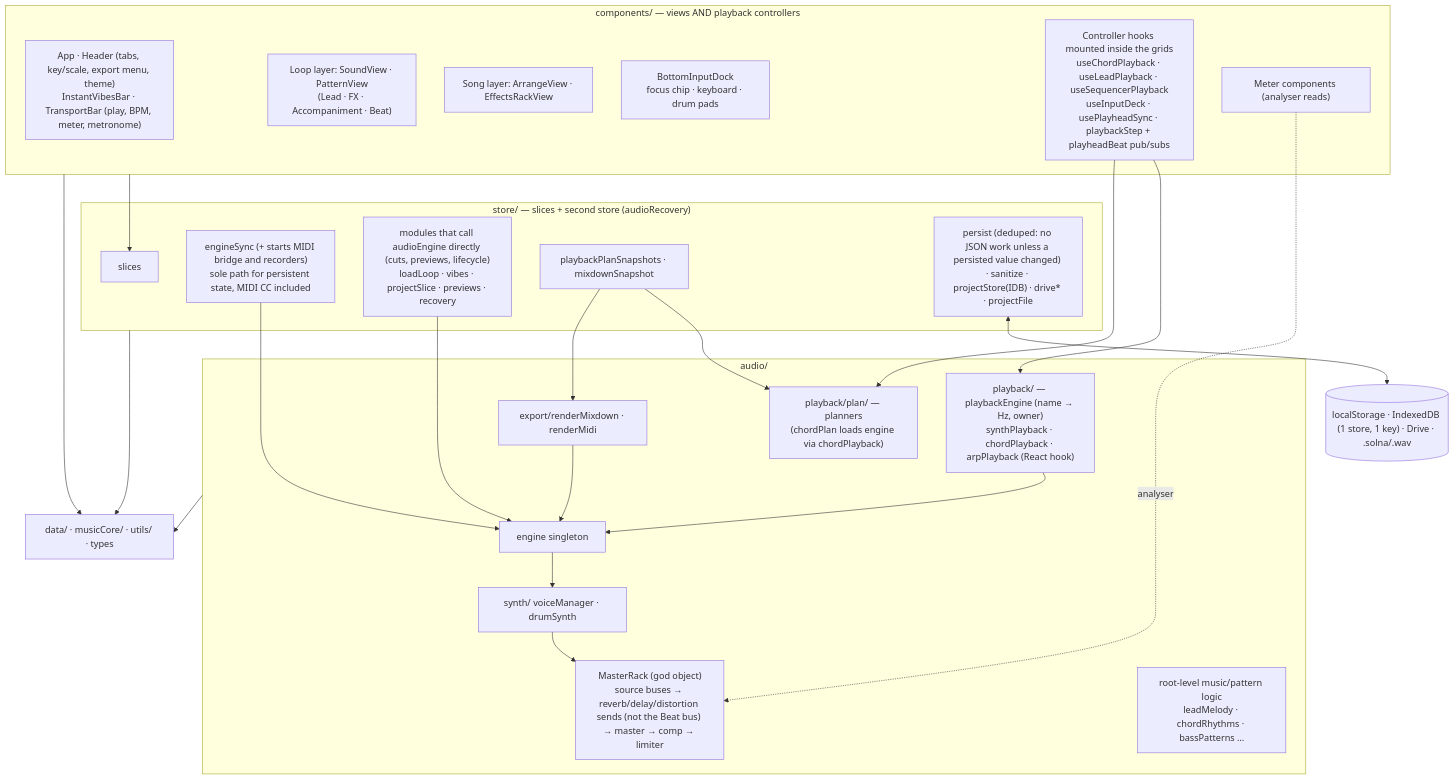
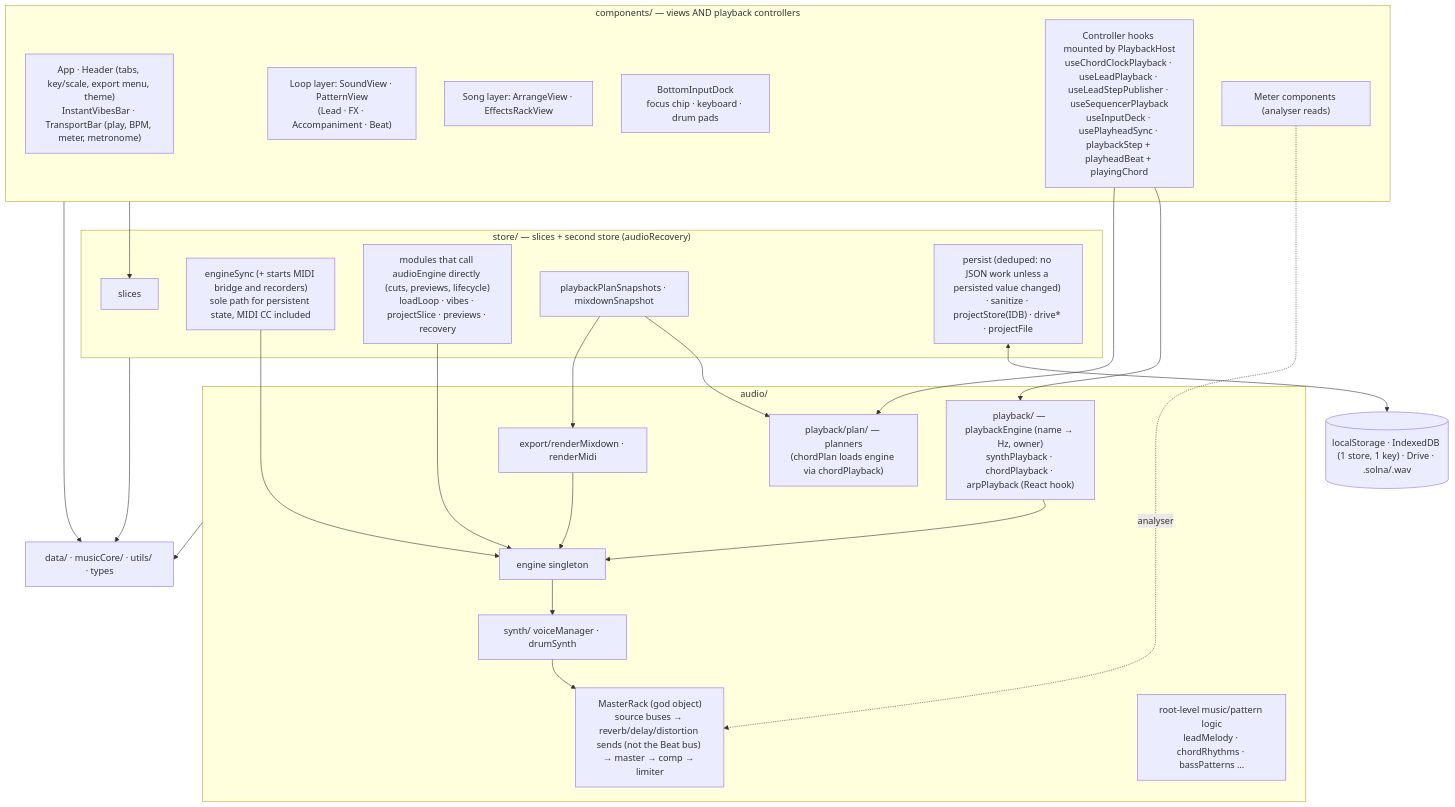
The diagram in docs/architecture/structure/README.md (themiddnight/solna), drawn with Mermaid before and after one commit. The commit also changed other lines of this file and 14 other files, not shown here.

Commit message:
docs: ADR-0039 PlaybackHost, rules R312-R314 (DEV-422)

````diff
--- a/docs/architecture/structure/README.md
+++ b/docs/architecture/structure/README.md
@@ -30,46 +30,46 @@
 ```mermaid
 flowchart TB
   subgraph Views["components/ — views AND playback controllers"]
     Shell["App · Header (tabs, key/scale, export menu, theme)<br/>InstantVibesBar · TransportBar (play, BPM, meter, metronome)"]
     LoopViews["Loop layer: SoundView · PatternView<br/>(Lead · FX · Accompaniment · Beat)"]
     SongViews["Song layer: ArrangeView · EffectsRackView"]
     Dock["BottomInputDock<br/>focus chip · keyboard · drum pads"]
-    Ctrls["Controller hooks mounted inside the grids<br/>useChordPlayback · useLeadPlayback · useSequencerPlayback<br/>useInputDeck · usePlayheadSync · playbackStep + playheadBeat pub/subs"]
+    Ctrls["Controller hooks mounted by PlaybackHost<br/>useChordClockPlayback · useLeadPlayback · useLeadStepPublisher · useSequencerPlayback<br/>useInputDeck · usePlayheadSync · playbackStep + playheadBeat + playingChord"]
     Meters["Meter components (analyser reads)"]
   end
 
   subgraph Store["store/ — slices + second store (audioRecovery)"]
     Slices["slices"]
     EngineSync["engineSync (+ starts MIDI bridge and recorders)<br/>sole path for persistent state, MIDI CC included"]
     Direct["modules that call audioEngine directly (cuts, previews, lifecycle)<br/>loadLoop · vibes · projectSlice · previews · recovery"]
     Snap["playbackPlanSnapshots · mixdownSnapshot"]
     PersistIO["persist (deduped: no JSON work unless a persisted value changed) · sanitize · projectStore(IDB) · drive* · projectFile"]
   end
 
   subgraph Audio["audio/"]
     PB["playback/ — playbackEngine (name → Hz, owner)<br/>synthPlayback · chordPlayback · arpPlayback (React hook)"]
     Plan["playback/plan/ — planners<br/>(chordPlan loads engine via chordPlayback)"]
     Eng["engine singleton"]
     Rack["MasterRack (god object)<br/>source buses → reverb/delay/distortion sends (not the Beat bus) → master → comp → limiter"]
     Voices["synth/ voiceManager · drumSynth"]
     Logic["root-level music/pattern logic<br/>leadMelody · chordRhythms · bassPatterns …"]
     Exp["export/renderMixdown · renderMidi"]
   end
 
   Domain["data/ · musicCore/ · utils/ · types"]
   Storage[("localStorage · IndexedDB (1 store, 1 key) · Drive · .solna/.wav")]
 
   Views --> Slices
   Ctrls --> PB --> Eng
   Ctrls --> Plan
   Snap --> Plan
   Meters -. analyser .-> Rack
   EngineSync --> Eng
   Direct --> Eng
   Eng --> Voices --> Rack
   Snap --> Exp --> Eng
   PersistIO <--> Storage
   Store --> Domain
   Audio --> Domain
   Views --> Domain
 ```
````
